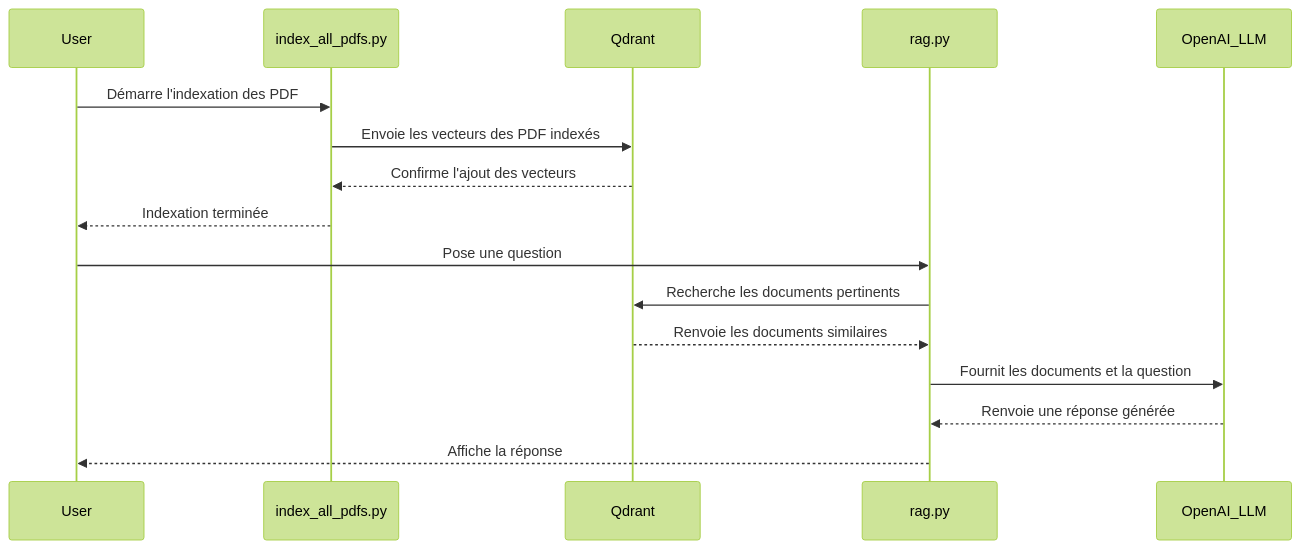
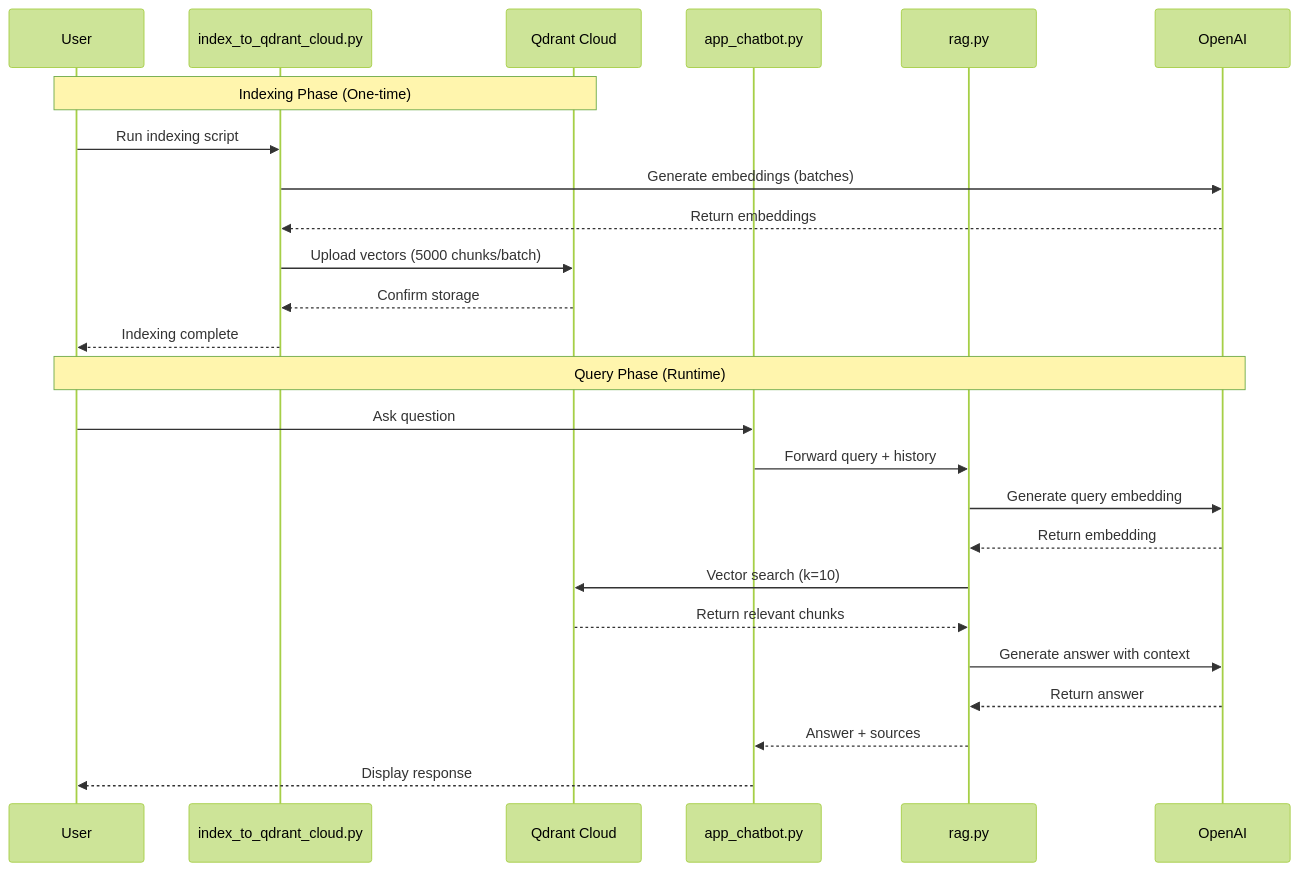
One commit to Lavialle/generative-ai-final-project changed the second of 2 diagrams in README.md. Above: the diagram before and after it, drawn with Mermaid (forest theme). The commit also changed other lines of this file and 12 other files, not shown here.

````diff
--- a/README.md
+++ b/README.md
@@ -29,20 +29,29 @@
 ```mermaid
 sequenceDiagram
     participant User
-    participant index_all_pdfs.py
-    participant Qdrant
+    participant index_to_qdrant_cloud.py
+    participant Qdrant Cloud
+    participant app_chatbot.py
     participant rag.py
-    participant OpenAI_LLM
+    participant OpenAI
 
-    User->>index_all_pdfs.py: Démarre l'indexation des PDF
-    index_all_pdfs.py->>Qdrant: Envoie les vecteurs des PDF indexés
-    Qdrant-->>index_all_pdfs.py: Confirme l'ajout des vecteurs
-    index_all_pdfs.py-->>User: Indexation terminée
+    Note over User,Qdrant Cloud: Indexing Phase (One-time)
+    User->>index_to_qdrant_cloud.py: Run indexing script
+    index_to_qdrant_cloud.py->>OpenAI: Generate embeddings (batches)
+    OpenAI-->>index_to_qdrant_cloud.py: Return embeddings
+    index_to_qdrant_cloud.py->>Qdrant Cloud: Upload vectors (5000 chunks/batch)
+    Qdrant Cloud-->>index_to_qdrant_cloud.py: Confirm storage
+    index_to_qdrant_cloud.py-->>User: Indexing complete
 
-    User->>rag.py: Pose une question
-    rag.py->>Qdrant: Recherche les documents pertinents
-    Qdrant-->>rag.py: Renvoie les documents similaires
-    rag.py->>OpenAI_LLM: Fournit les documents et la question
-    OpenAI_LLM-->>rag.py: Renvoie une réponse générée
-    rag.py-->>User: Affiche la réponse
+    Note over User,OpenAI: Query Phase (Runtime)
+    User->>app_chatbot.py: Ask question
+    app_chatbot.py->>rag.py: Forward query + history
+    rag.py->>OpenAI: Generate query embedding
+    OpenAI-->>rag.py: Return embedding
+    rag.py->>Qdrant Cloud: Vector search (k=10)
+    Qdrant Cloud-->>rag.py: Return relevant chunks
+    rag.py->>OpenAI: Generate answer with context
+    OpenAI-->>rag.py: Return answer
+    rag.py-->>app_chatbot.py: Answer + sources
+    app_chatbot.py-->>User: Display response
 ```
````
